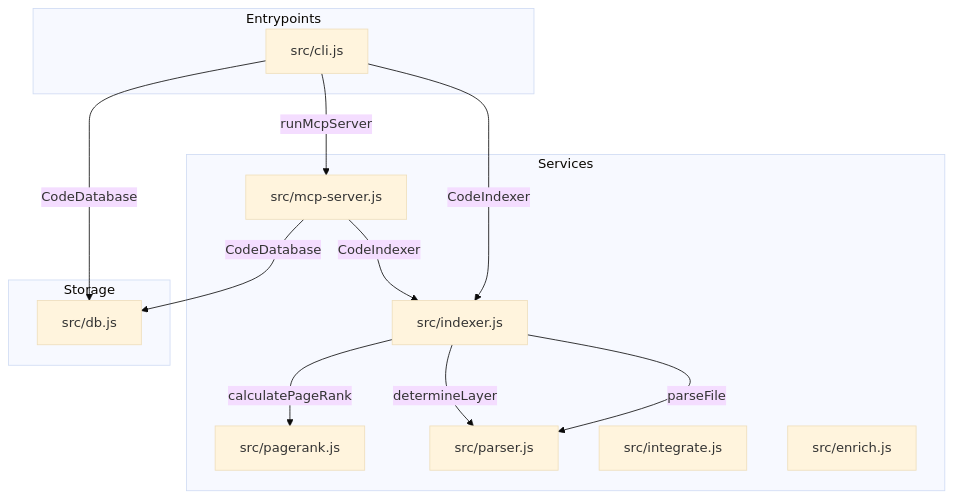
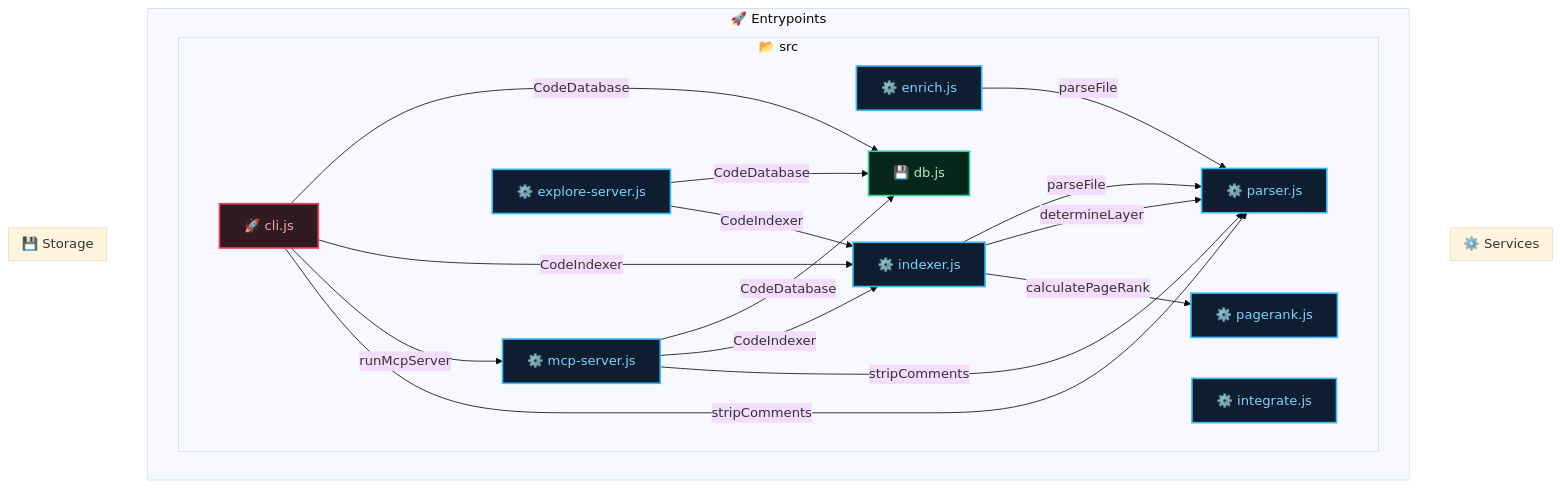
The diagram in CODEBASE.md (Phuong38/hss-ce), drawn with Mermaid (base theme) before and after one commit. The commit also changed other lines of this file and 5 other files, not shown here.

Commit message:
Add search_symbols and search_code commands to CLI and MCP tools

````diff
--- a/CODEBASE.md
+++ b/CODEBASE.md
@@ -7,25 +7,53 @@
 ```mermaid
 graph TD
-  subgraph Entrypoints
-    src_cli_js["src/cli.js"]
+  classDef entrypoint fill:#311b22,stroke:#f43f5e,stroke-width:2px,color:#fda4af;
+  classDef service fill:#0f1d30,stroke:#38bdf8,stroke-width:2px,color:#7dd3fc;
+  classDef storage fill:#06261a,stroke:#34d399,stroke-width:2px,color:#a7f3d0;
+
+  subgraph Entrypoints["🚀 Entrypoints"]
+    subgraph src["📂 src"]
+      src_cli_js["🚀 cli.js"]
+    end
   end
-  subgraph Services
-    src_indexer_js["src/indexer.js"]
-    src_pagerank_js["src/pagerank.js"]
-    src_parser_js["src/parser.js"]
-    src_mcp_server_js["src/mcp-server.js"]
-    src_integrate_js["src/integrate.js"]
-    src_enrich_js["src/enrich.js"]
+  class src_cli_js entrypoint;
+
+  subgraph Services["⚙️ Services"]
+    subgraph src["📂 src"]
+      src_indexer_js["⚙️ indexer.js"]
+      src_parser_js["⚙️ parser.js"]
+      src_pagerank_js["⚙️ pagerank.js"]
+      src_mcp_server_js["⚙️ mcp-server.js"]
+      src_explore_server_js["⚙️ explore-server.js"]
+      src_integrate_js["⚙️ integrate.js"]
+      src_enrich_js["⚙️ enrich.js"]
+    end
   end
-  subgraph Storage
-    src_db_js["src/db.js"]
+  class src_indexer_js service;
+  class src_parser_js service;
+  class src_pagerank_js service;
+  class src_mcp_server_js service;
+  class src_explore_server_js service;
+  class src_integrate_js service;
+  class src_enrich_js service;
+
+  subgraph Storage["💾 Storage"]
+    subgraph src["📂 src"]
+      src_db_js["💾 db.js"]
+    end
   end
+  class src_db_js storage;
+
+  src_enrich_js -->|"parseFile"| src_parser_js
   src_cli_js -->|"CodeDatabase"| src_db_js
   src_cli_js -->|"CodeIndexer"| src_indexer_js
   src_cli_js -->|"runMcpServer"| src_mcp_server_js
+  src_cli_js -->|"stripComments"| src_parser_js
+  src_explore_server_js -->|"CodeDatabase"| src_db_js
+  src_explore_server_js -->|"CodeIndexer"| src_indexer_js
   src_indexer_js -->|"parseFile"| src_parser_js
   src_indexer_js -->|"determineLayer"| src_parser_js
   src_indexer_js -->|"calculatePageRank"| src_pagerank_js
   src_mcp_server_js -->|"CodeDatabase"| src_db_js
   src_mcp_server_js -->|"CodeIndexer"| src_indexer_js
+  src_mcp_server_js -->|"stripComments"| src_parser_js
 ```
````
